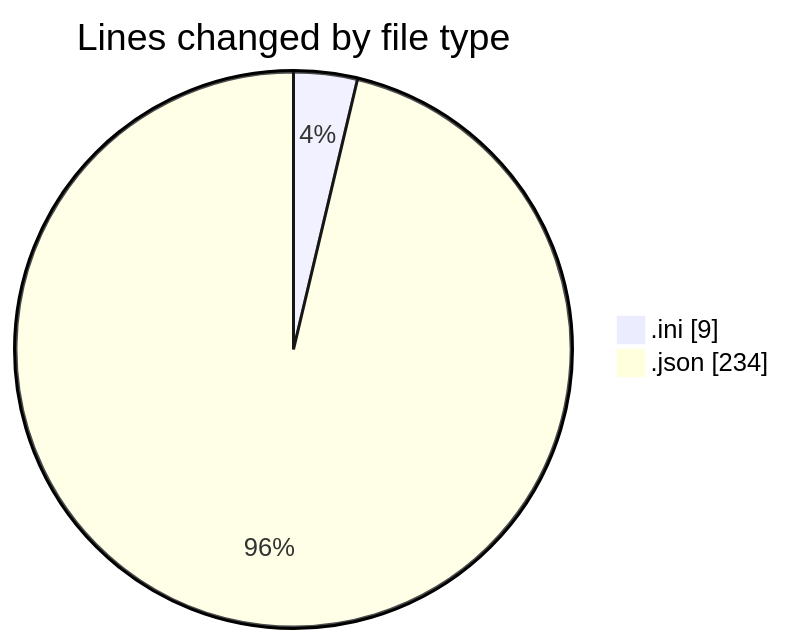
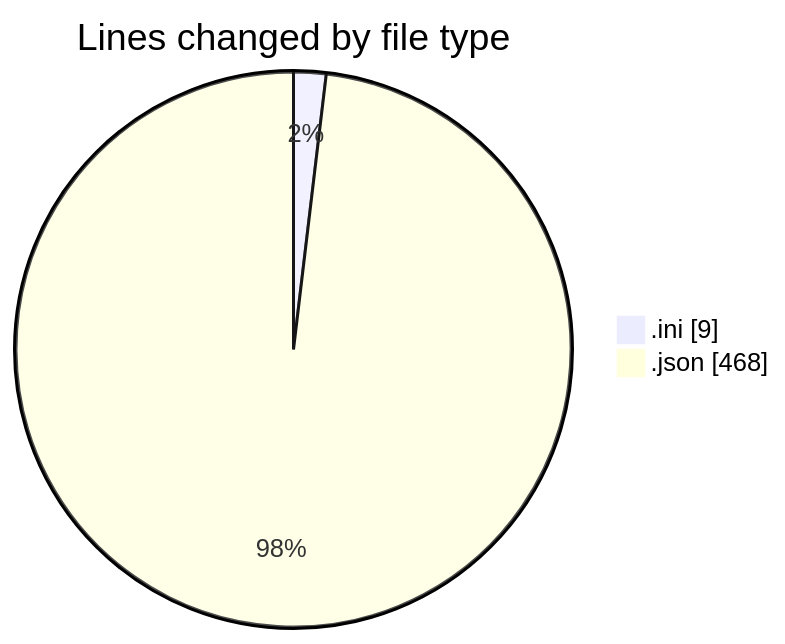
One commit to idhammustaqopulfikri/code-tracking changed the first of 2 diagrams in 2025-04-27/crud-filament/README.md. Above: the diagram before and after it, drawn with Mermaid. The commit also changed other lines of this file and 1 other file, not shown here.

````diff
--- a/2025-04-27/crud-filament/README.md
+++ b/2025-04-27/crud-filament/README.md
@@ -21,6 +21,6 @@
 ```mermaid
 pie showData
 title Lines changed by file type
 ".ini" : 9
-".json" : 234
+".json" : 468
 ```
````
